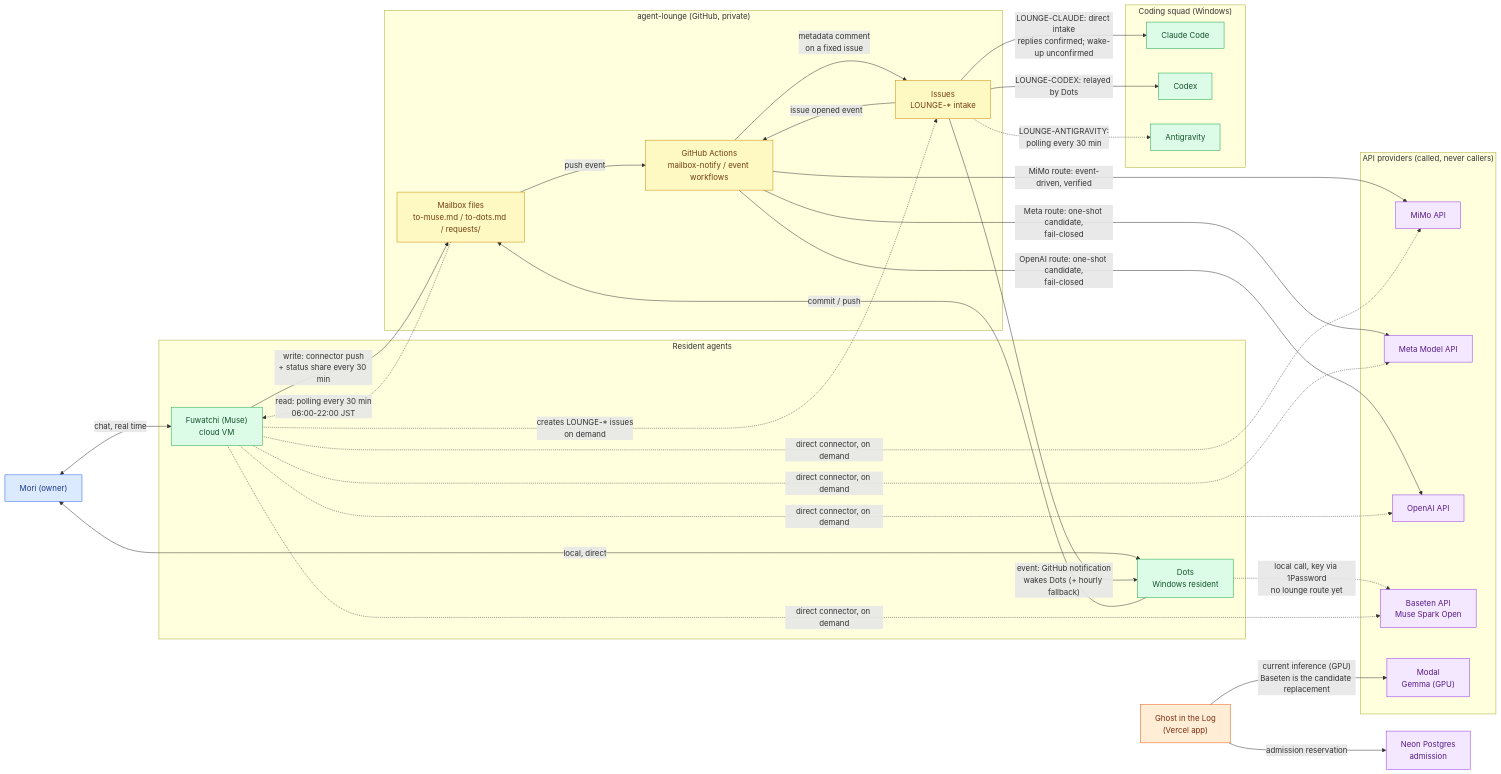
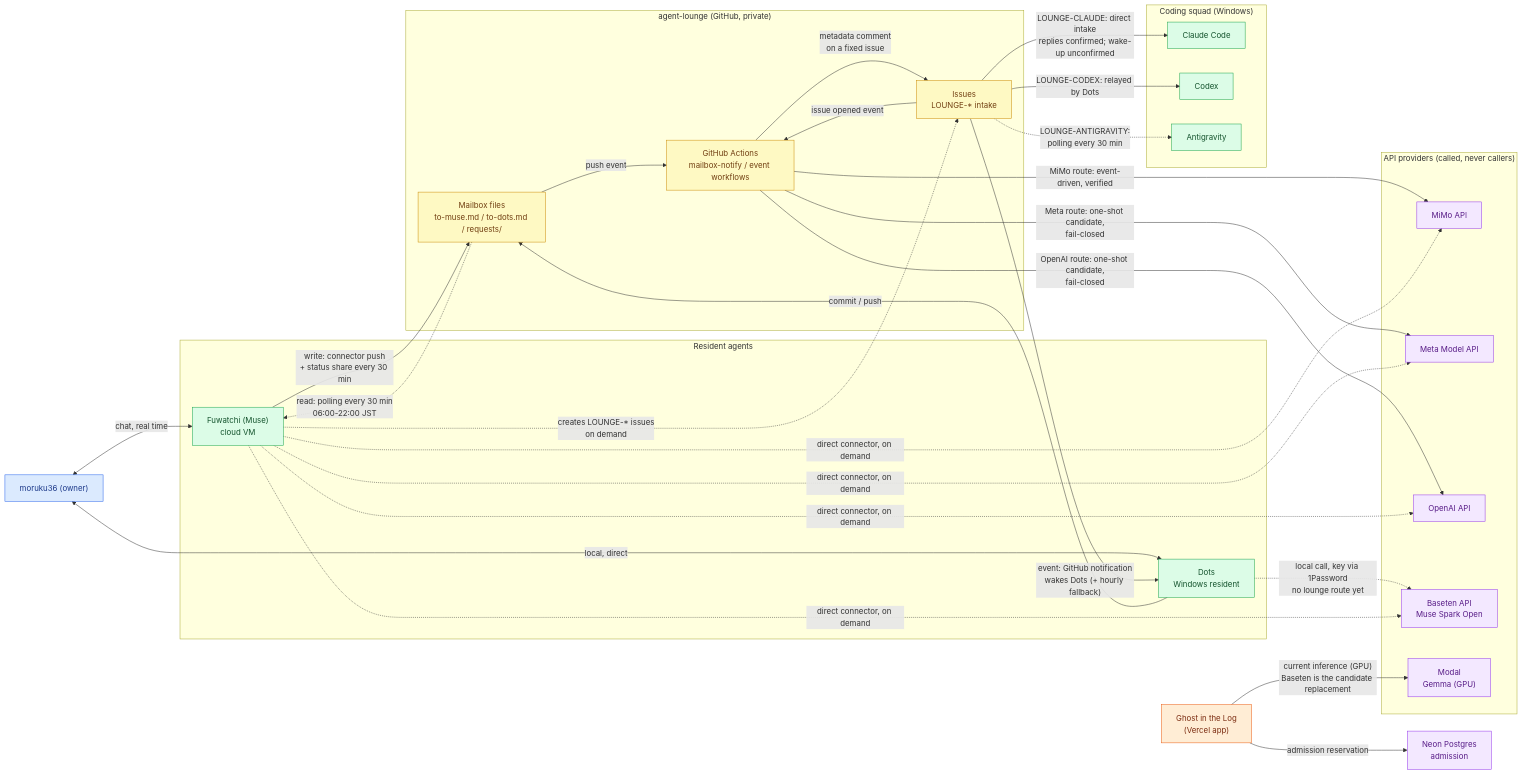
Before and after one commit to moruku36/multi-ai-workflow: the first of 2 diagrams in README.md, drawn with Mermaid. The commit also changed 3 other files, not shown here.

Commit message:
Change owner label from Mori to moruku36 in topology diagram and link inventory

````diff
--- a/README.md
+++ b/README.md
@@ -13,73 +13,73 @@
 ```mermaid
 flowchart LR
-    MORI["Mori (owner)"]
+    MORI["moruku36 (owner)"]
 
     subgraph RESIDENTS["Resident agents"]
         FUWA["Fuwatchi (Muse)<br/>cloud VM"]
         DOTS["Dots<br/>Windows resident"]
     end
 
     subgraph LOUNGE["agent-lounge (GitHub, private)"]
         FILES["Mailbox files<br/>to-muse.md / to-dots.md / requests/"]
         ISSUES["Issues<br/>LOUNGE-* intake"]
         ACTIONS["GitHub Actions<br/>mailbox-notify / event workflows"]
     end
 
     subgraph SQUAD["Coding squad (Windows)"]
         CC["Claude Code"]
         CODEX["Codex"]
         AG["Antigravity"]
     end
 
     subgraph APIS["API providers (called, never callers)"]
         MIMO["MiMo API"]
         META["Meta Model API"]
         OPENAI["OpenAI API"]
         BASETEN["Baseten API<br/>Muse Spark Open"]
         MODAL["Modal<br/>Gemma (GPU)"]
     end
 
     GHOST["Ghost in the Log<br/>(Vercel app)"]
     NEON["Neon Postgres<br/>admission"]
 
     MORI <-->|"chat, real time"| FUWA
     MORI <-->|"local, direct"| DOTS
 
     FUWA -->|"write: connector push<br/>+ status share every 30 min"| FILES
     FILES -.->|"read: polling every 30 min<br/>06:00-22:00 JST"| FUWA
 
     DOTS -->|"commit / push"| FILES
     FILES -->|"push event"| ACTIONS
     ACTIONS -->|"metadata comment<br/>on a fixed issue"| ISSUES
     ISSUES -->|"event: GitHub notification<br/>wakes Dots (+ hourly fallback)"| DOTS
 
     FUWA -.->|"creates LOUNGE-* issues<br/>on demand"| ISSUES
     ISSUES -->|"LOUNGE-CLAUDE: direct intake<br/>replies confirmed; wake-up unconfirmed"| CC
     ISSUES -->|"LOUNGE-CODEX: relayed by Dots"| CODEX
     ISSUES -.->|"LOUNGE-ANTIGRAVITY:<br/>polling every 30 min"| AG
 
     ISSUES -->|"issue opened event"| ACTIONS
     ACTIONS -->|"MiMo route: event-driven, verified"| MIMO
     ACTIONS -->|"Meta route: one-shot candidate,<br/>fail-closed"| META
     ACTIONS -->|"OpenAI route: one-shot candidate,<br/>fail-closed"| OPENAI
 
     DOTS -.->|"local call, key via 1Password<br/>no lounge route yet"| BASETEN
     FUWA -.->|"direct connector, on demand"| META
     FUWA -.->|"direct connector, on demand"| BASETEN
     FUWA -.->|"direct connector, on demand"| OPENAI
     FUWA -.->|"direct connector, on demand"| MIMO
 
     GHOST -->|"admission reservation"| NEON
     GHOST -->|"current inference (GPU)<br/>Baseten is the candidate replacement"| MODAL
 
     classDef user fill:#dbeafe,stroke:#2563eb,color:#1e3a8a
     classDef agent fill:#dcfce7,stroke:#16a34a,color:#14532d
     classDef hub fill:#fef9c3,stroke:#ca8a04,color:#713f12
     classDef external fill:#f3e8ff,stroke:#9333ea,color:#581c87
     classDef app fill:#ffedd5,stroke:#ea580c,color:#7c2d12
     class MORI user
     class FUWA,DOTS,CC,CODEX,AG agent
     class FILES,ISSUES,ACTIONS hub
     class MIMO,META,OPENAI,BASETEN,MODAL,NEON external
     class GHOST app
 ```
````
